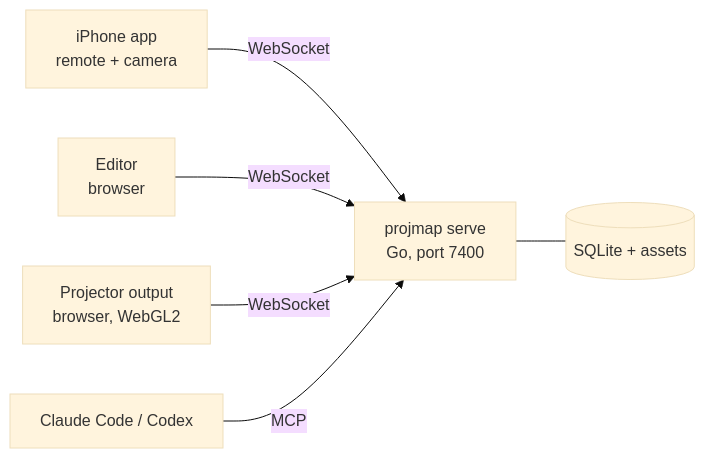
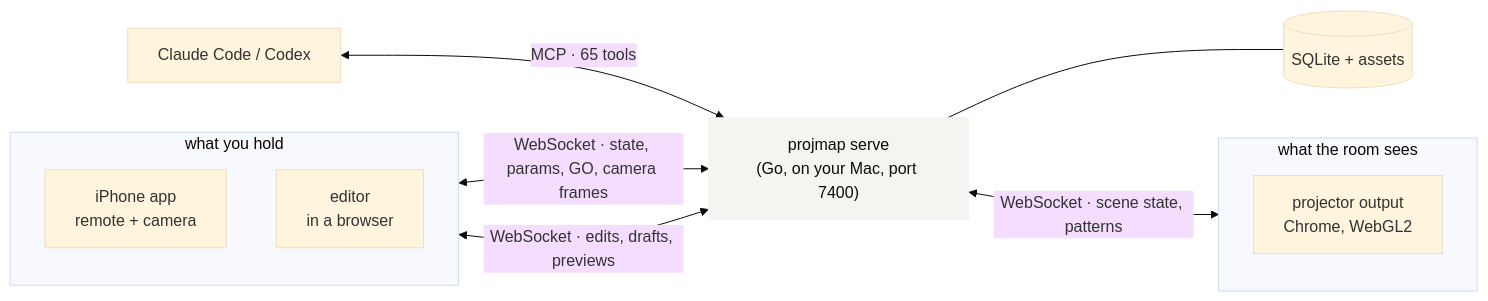
One commit to brushknight/projector-mapping changed the diagram in README.md. Above: the diagram before and after it, drawn with Mermaid (base theme). The commit also changed other lines of this file and 10 other files, not shown here.

First line of the commit message:
README in the agents deck style: hero image, how the server, web app, iPhone app and agents fit, app screens

````diff
--- a/README.md
+++ b/README.md
@@ -55,8 +67,20 @@
 ```mermaid
 flowchart LR
-  PH["iPhone app<br/>remote + camera"] -- "WebSocket" --> S
-  ED["Editor<br/>browser"] -- "WebSocket" --> S
-  OUT["Projector output<br/>browser, WebGL2"] -- "WebSocket" --> S
-  AG["Claude Code / Codex"] -- "MCP" --> S
-  S["projmap serve<br/>Go, port 7400"] --- DB[("SQLite + assets")]
+  subgraph you["what you hold"]
+    direction TB
+    PH["iPhone app<br/>remote + camera"]
+    ED["editor<br/>in a browser"]
+  end
+  S["projmap serve<br/>(Go, on your Mac, port 7400)"]:::a
+  subgraph wall["what the room sees"]
+    direction TB
+    OUT["projector output<br/>Chrome, WebGL2"]
+  end
+  AG["Claude Code / Codex"]
+  PH <-->|"WebSocket · state, params, GO, camera frames"| S
+  ED <-->|"WebSocket · edits, drafts, previews"| S
+  S <-->|"WebSocket · scene state, patterns"| OUT
+  AG <-->|"MCP · 65 tools"| S
+  S --- DB[("SQLite + assets")]
+  classDef a fill:#F5F4F0,color:#0b0b0b,stroke:#F5F4F0
 ```
````
